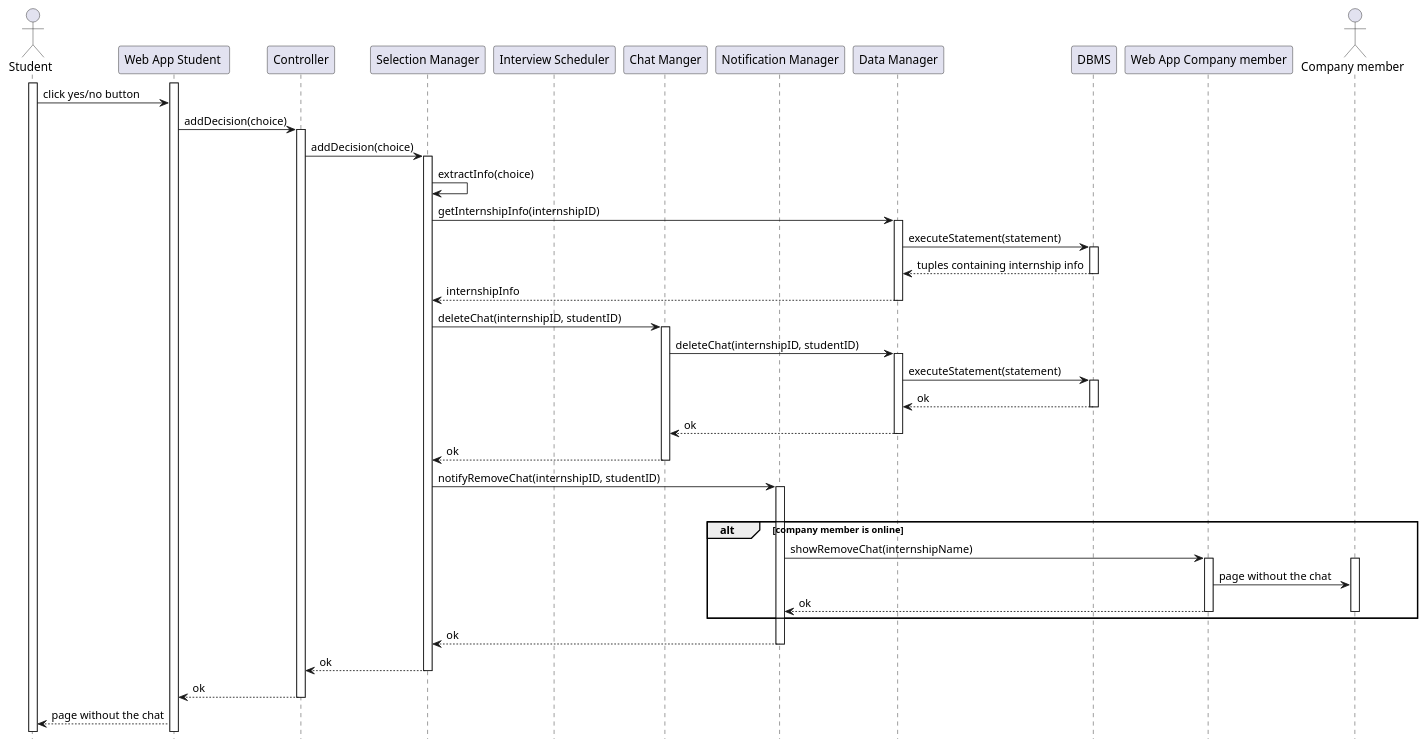
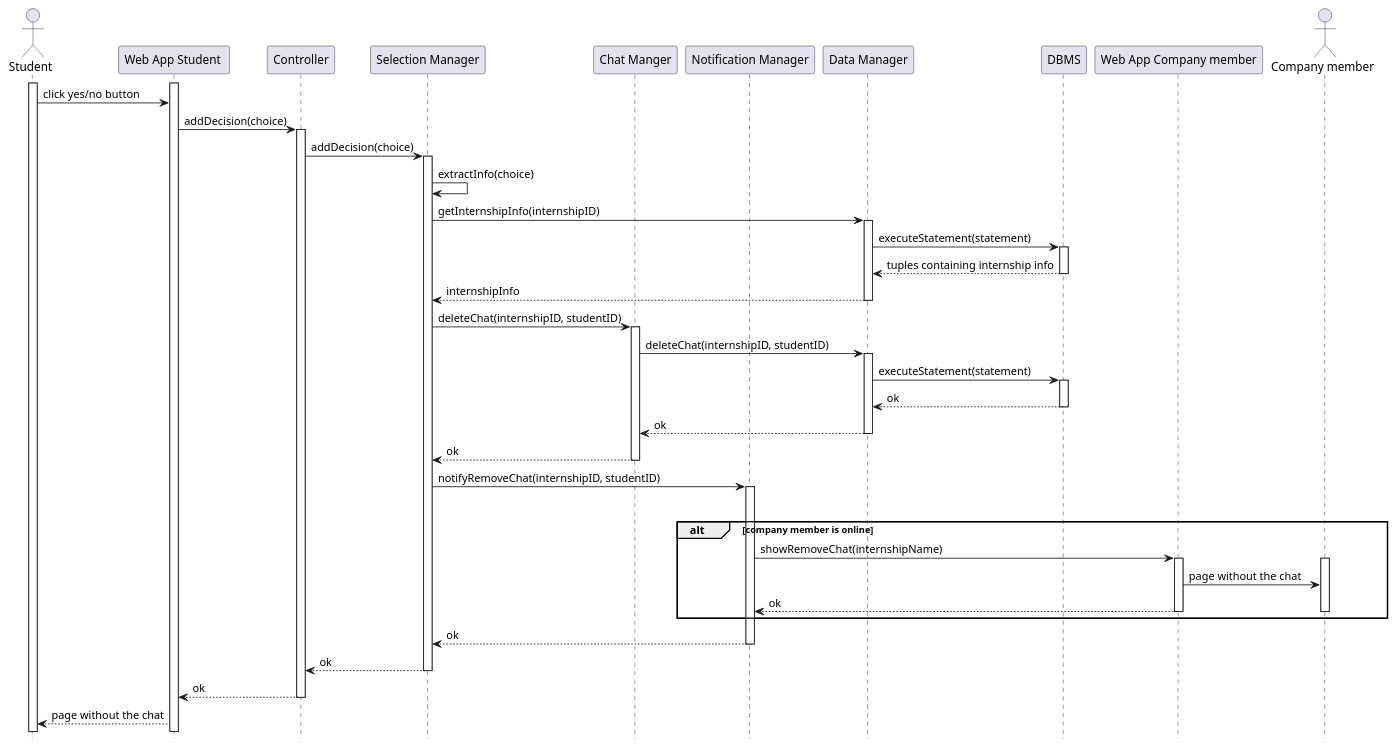
One commit to matti8702/R_and_DD_project_SE2 changed the diagram in DD/Architectural_design/uml_diagrams/RV22_diagram.puml. Above: the diagram before and after it, drawn with PlantUML. The commit also changed 1 other file, not shown here.

Commit message:
fix: fix RV22 diagram

```diff
--- a/DD/Architectural_design/uml_diagrams/RV22_diagram.puml
+++ b/DD/Architectural_design/uml_diagrams/RV22_diagram.puml
@@ -1,65 +1,64 @@
 @startuml RV22_diagram
 hide footbox
 
 actor "Student" as ST
 participant "Web App Student " AS WAST
 participant "Controller" as C
 participant "Selection Manager" as SM
-participant "Interview Scheduler" as IS
 participant "Chat Manger" as CHM
 participant "Notification Manager" as NM
 participant "Data Manager" as DM
 participant "DBMS" as DB
 participant "Web App Company member" AS WACM
 actor "Company member" as CM
 
 activate ST
 activate WAST
 
 ST -> WAST : click yes/no button
 
 WAST -> C  : addDecision(choice)
 activate C
 C -> SM    : addDecision(choice)
 activate SM
 SM -> SM   : extractInfo(choice)
 SM -> DM   : getInternshipInfo(internshipID)
 activate DM
 DM -> DB  : executeStatement(statement)
 activate DB
 DB --> DM : tuples containing internship info
 deactivate DB
 DM --> SM : internshipInfo
 deactivate DM
 SM -> CHM : deleteChat(internshipID, studentID)
 activate CHM
 CHM -> DM : deleteChat(internshipID, studentID)
 activate DM
 DM -> DB  : executeStatement(statement)
 activate DB
 DB --> DM : ok
 deactivate DB
 DM --> CHM : ok
 deactivate DM
 CHM --> SM : ok
 deactivate CHM
 SM -> NM : notifyRemoveChat(internshipID, studentID)
 activate NM
 loop for all company member of that internship with a chat
 alt company member is online
     NM -> WACM : showRemoveChat(internshipName)
     activate WACM
     activate CM
     WACM -> CM : page without the chat
     WACM --> NM : ok
     deactivate WACM
     deactivate CM
 end
 NM --> SM : ok
 deactivate NM
 SM --> C : ok
 deactivate SM
 C --> WAST : ok
 deactivate C
 WAST --> ST : page without the chat
 @enduml
```
